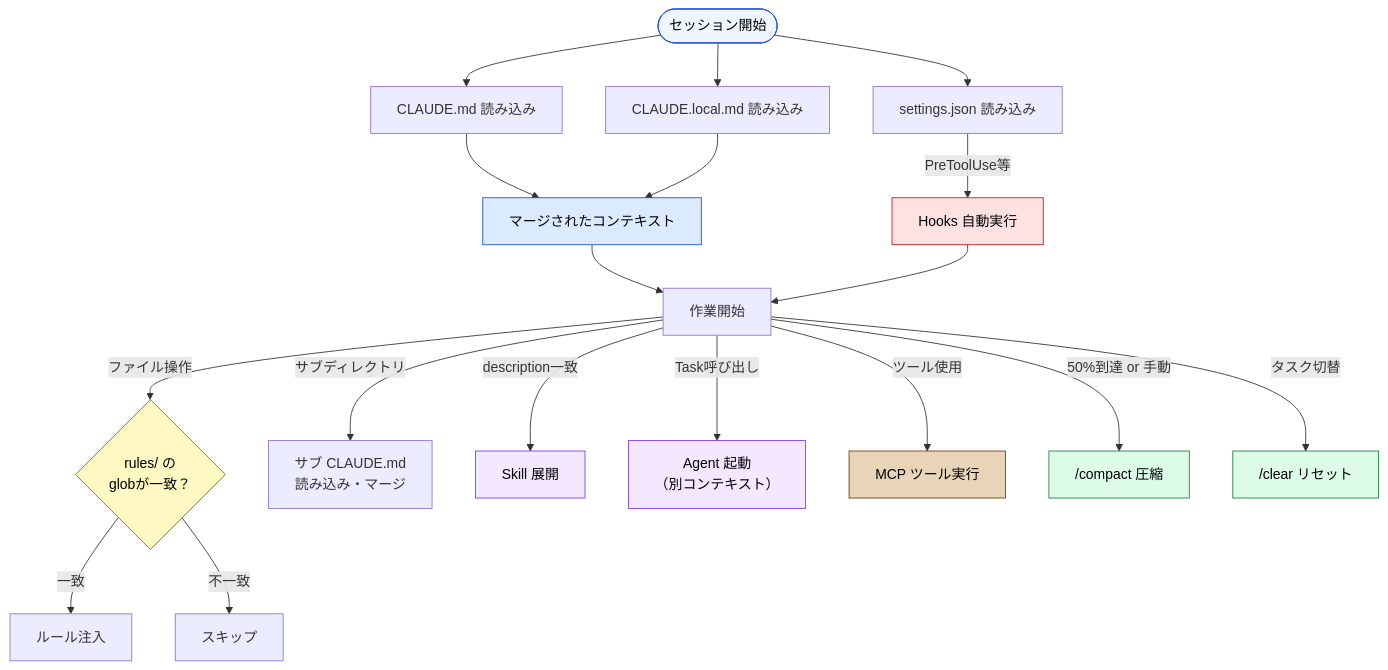
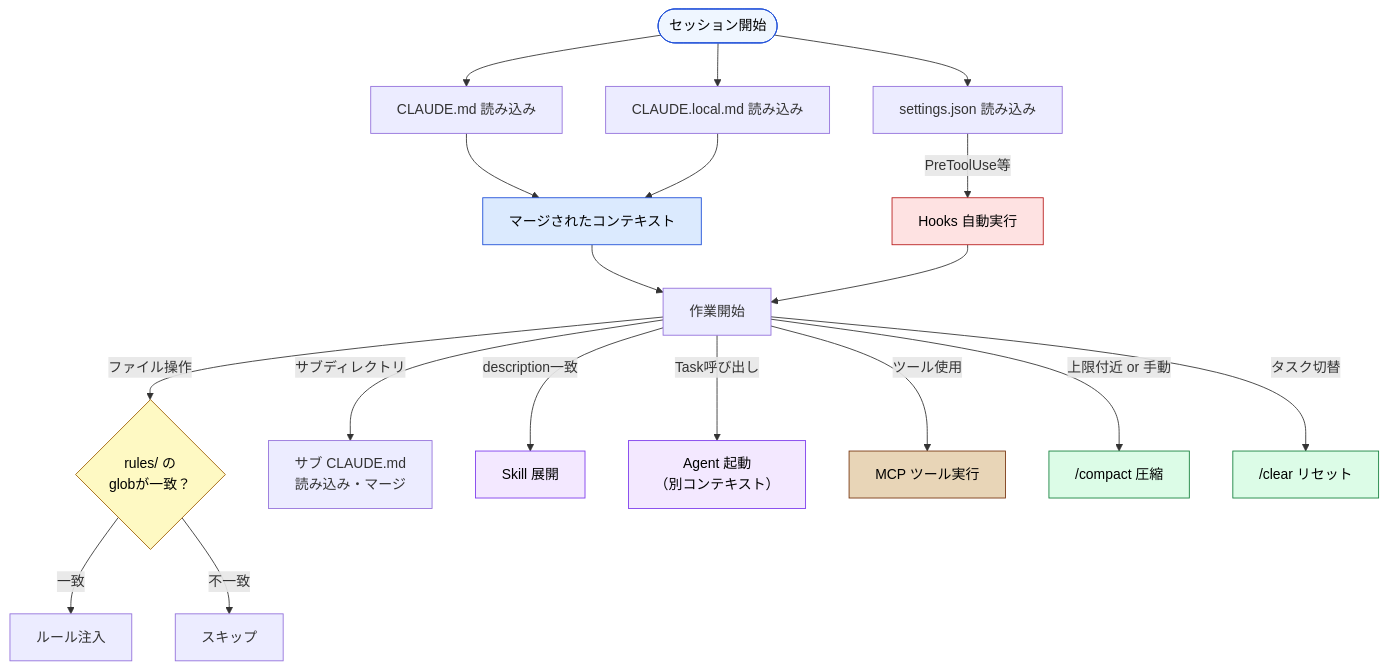
The diagram in docs/ja/appendix/claude-code-config-reference.md (shuji-bonji/understanding-llm-through-claude-code), drawn with Mermaid before and after one commit. The commit also changed other lines of this file and 1 other file, not shown here.

````diff
--- a/docs/ja/appendix/claude-code-config-reference.md
+++ b/docs/ja/appendix/claude-code-config-reference.md
@@ -789,38 +797,38 @@
 ```mermaid
 graph TD
     START(["セッション開始"]) --> CM["CLAUDE.md 読み込み"]
     START --> CL["CLAUDE.local.md 読み込み"]
     START --> ST["settings.json 読み込み"]
 
     CM --> MERGE["マージされたコンテキスト"]
     CL --> MERGE
 
     MERGE --> WORK["作業開始"]
 
     WORK -->|ファイル操作| RULE{"rules/ の<br>globが一致？"}
     RULE -->|一致| INJECT["ルール注入"]
     RULE -->|不一致| SKIP["スキップ"]
 
     WORK -->|サブディレクトリ| SUB["サブ CLAUDE.md<br>読み込み・マージ"]
 
     WORK -->|description一致| SKILL["Skill 展開"]
     WORK -->|Task呼び出し| AGENT["Agent 起動<br>（別コンテキスト）"]
 
     WORK -->|ツール使用| MCP["MCP ツール実行"]
 
     ST -->|PreToolUse等| HOOK["Hooks 自動実行"]
     HOOK --> WORK
 
-    WORK -->|50%到達 or 手動| COMPACT["/compact 圧縮"]
+    WORK -->|上限付近 or 手動| COMPACT["/compact 圧縮"]
     WORK -->|タスク切替| CLEAR["/clear リセット"]
 
     style START fill:#eff6ff,stroke:#1d4ed8,color:#000
     style MERGE fill:#dbeafe,stroke:#1d4ed8,color:#000
     style RULE fill:#fef9c3,stroke:#a16207,color:#000
     style SKILL fill:#f3e8ff,stroke:#7c3aed,color:#000
     style AGENT fill:#f3e8ff,stroke:#7c3aed,color:#000
     style MCP fill:#e8d5b7,stroke:#78350f,color:#000
     style HOOK fill:#fee2e2,stroke:#b91c1c,color:#000
     style COMPACT fill:#dcfce7,stroke:#15803d,color:#000
     style CLEAR fill:#dcfce7,stroke:#15803d,color:#000
 ```
````
